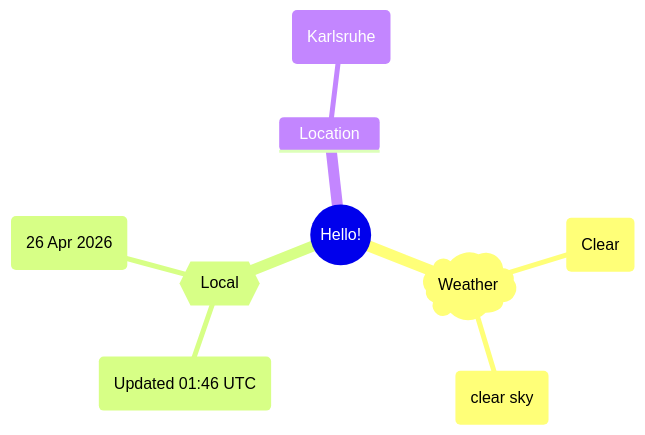
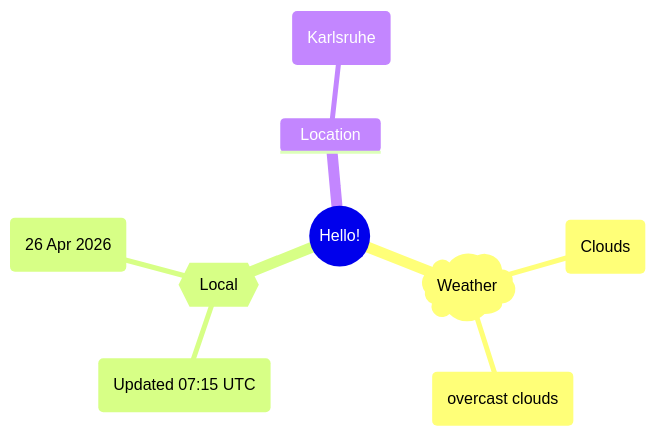
One commit to Xosrov/Xosrov changed the first of 2 diagrams in README.md. Above: the diagram before and after it, drawn with Mermaid.

Commit message:
[bot] updated images

````diff
--- a/README.md
+++ b/README.md
@@ -3,12 +3,12 @@
 ```mermaid
 mindmap
   root((Hello!))
     )Weather(
-        (Clear)
-        (clear sky)
+        (Clouds)
+        (overcast clouds)
     {{Local}}
-        (Updated 01:46 UTC)
+        (Updated 07:15 UTC)
         (26 Apr 2026)
     Location
         (Karlsruhe)
 ```
````
